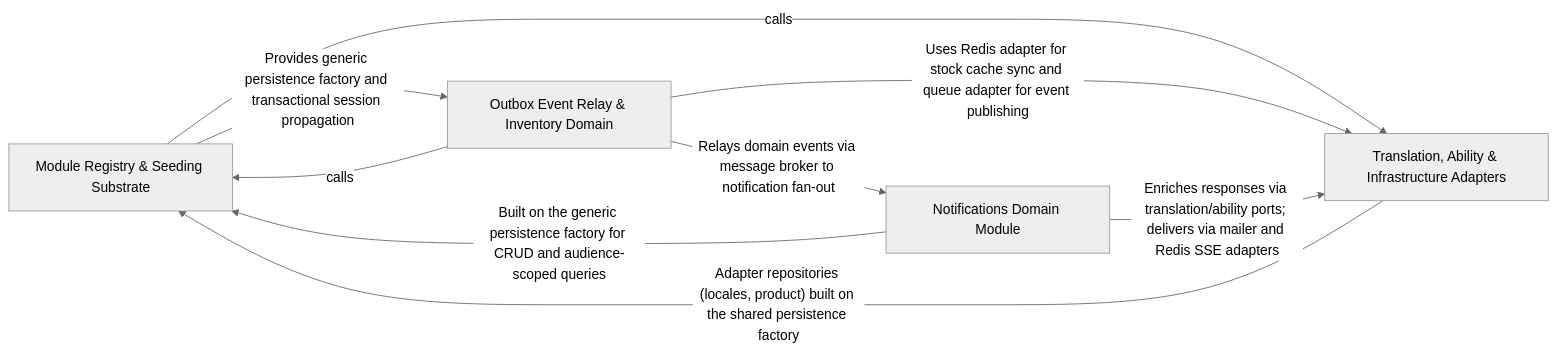
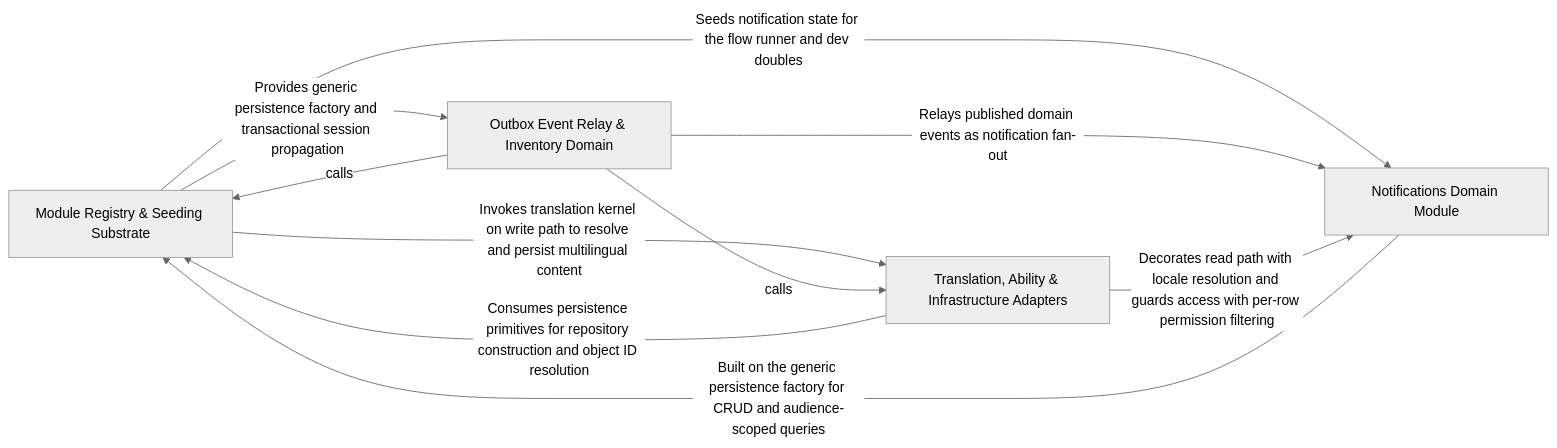
The diagram in .2brain/arch/Runtime_Kernel_Backbone.md (Guebbit/boilerplate-node-backend), drawn with Mermaid (neutral theme) before and after one commit. The commit also changed other lines of this file and 1102 other files, not shown here.

````diff
--- a/.2brain/arch/Runtime_Kernel_Backbone.md
+++ b/.2brain/arch/Runtime_Kernel_Backbone.md
@@ -10,15 +10,16 @@
 ```mermaid
 graph LR
     Module_Registry_Seeding_Substrate["Module Registry & Seeding Substrate"]
     Outbox_Event_Relay_Inventory_Domain["Outbox Event Relay & Inventory Domain"]
     Translation_Ability_Infrastructure_Adapters["Translation, Ability & Infrastructure Adapters"]
     Notifications_Domain_Module["Notifications Domain Module"]
     Module_Registry_Seeding_Substrate -- "Provides generic persistence factory and transactional session propagation" --> Outbox_Event_Relay_Inventory_Domain
-    Module_Registry_Seeding_Substrate -- "calls" --> Translation_Ability_Infrastructure_Adapters
+    Module_Registry_Seeding_Substrate -- "Invokes translation kernel on write path to resolve and persist multilingual content" --> Translation_Ability_Infrastructure_Adapters
+    Module_Registry_Seeding_Substrate -- "Seeds notification state for the flow runner and dev doubles" --> Notifications_Domain_Module
     Outbox_Event_Relay_Inventory_Domain -- "calls" --> Module_Registry_Seeding_Substrate
-    Outbox_Event_Relay_Inventory_Domain -- "Uses Redis adapter for stock cache sync and queue adapter for event publishing" --> Translation_Ability_Infrastructure_Adapters
-    Outbox_Event_Relay_Inventory_Domain -- "Relays domain events via message broker to notification fan-out" --> Notifications_Domain_Module
-    Translation_Ability_Infrastructure_Adapters -- "Adapter repositories (locales, product) built on the shared persistence factory" --> Module_Registry_Seeding_Substrate
+    Outbox_Event_Relay_Inventory_Domain -- "calls" --> Translation_Ability_Infrastructure_Adapters
+    Outbox_Event_Relay_Inventory_Domain -- "Relays published domain events as notification fan-out" --> Notifications_Domain_Module
+    Translation_Ability_Infrastructure_Adapters -- "Consumes persistence primitives for repository construction and object ID resolution" --> Module_Registry_Seeding_Substrate
+    Translation_Ability_Infrastructure_Adapters -- "Decorates read path with locale resolution and guards access with per-row permission filtering" --> Notifications_Domain_Module
     Notifications_Domain_Module -- "Built on the generic persistence factory for CRUD and audience-scoped queries" --> Module_Registry_Seeding_Substrate
-    Notifications_Domain_Module -- "Enriches responses via translation/ability ports; delivers via mailer and Redis SSE adapters" --> Translation_Ability_Infrastructure_Adapters
 ```
````
